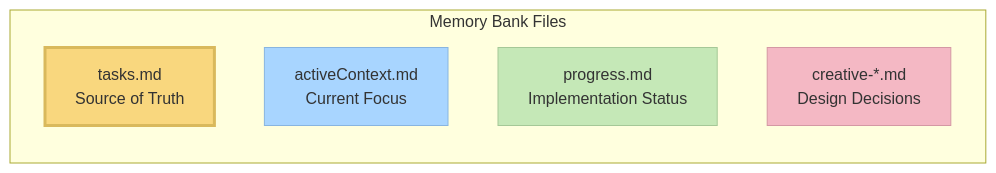
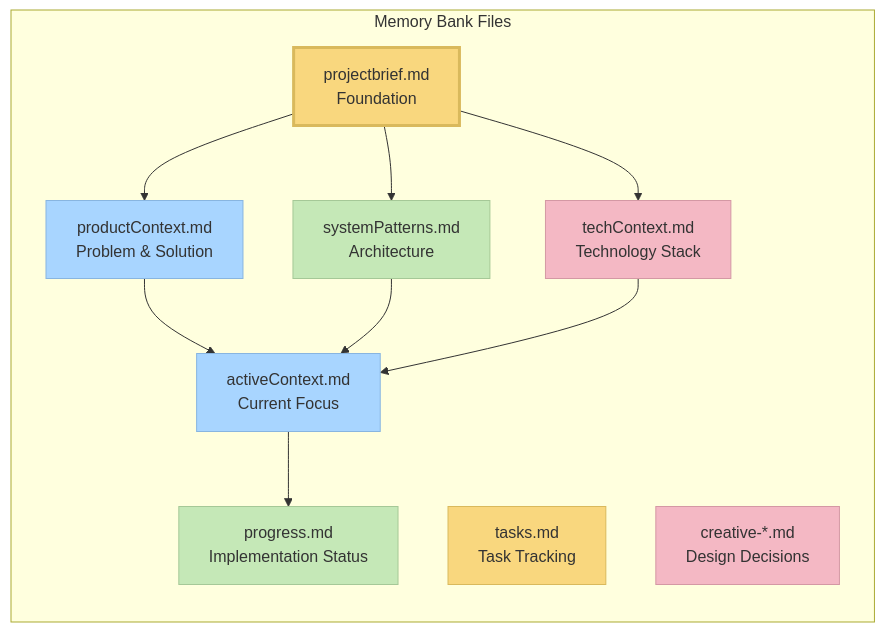
Before and after one commit to AcidicSoil/mirrorwright-orchestrator: the second of 2 diagrams in cursor-memory-bank/README.md, drawn with Mermaid. The commit also changed other lines of this file and 75 other files, not shown here.

````diff
--- a/cursor-memory-bank/README.md
+++ b/cursor-memory-bank/README.md
@@ -216,14 +229,30 @@
 ```mermaid
 graph LR
     subgraph "Memory Bank Files"
-        Tasks["tasks.md<br>Source of Truth"]
+        Project["projectbrief.md<br>Foundation"]
+        Product["productContext.md<br>Problem & Solution"]
+        System["systemPatterns.md<br>Architecture"]
+        Tech["techContext.md<br>Technology Stack"]
         Active["activeContext.md<br>Current Focus"]
         Progress["progress.md<br>Implementation Status"]
+        Tasks["tasks.md<br>Task Tracking"]
         Creative["creative-*.md<br>Design Decisions"]
     end
-    
-    style Tasks fill:#f9d77e,stroke:#d9b95c,stroke-width:3px
+
+    Project --> Product
+    Project --> System
+    Project --> Tech
+    Product --> Active
+    System --> Active
+    Tech --> Active
+    Active --> Progress
+
+    style Project fill:#f9d77e,stroke:#d9b95c,stroke-width:3px
+    style Product fill:#a8d5ff,stroke:#88b5e0
+    style System fill:#c5e8b7,stroke:#a5c897
+    style Tech fill:#f4b8c4,stroke:#d498a4
     style Active fill:#a8d5ff,stroke:#88b5e0
     style Progress fill:#c5e8b7,stroke:#a5c897
+    style Tasks fill:#f9d77e,stroke:#d9b95c
     style Creative fill:#f4b8c4,stroke:#d498a4
 ```
````
